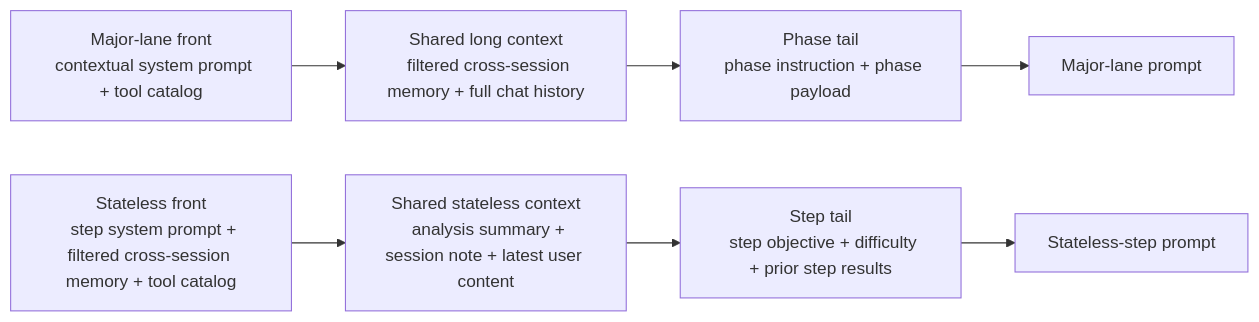
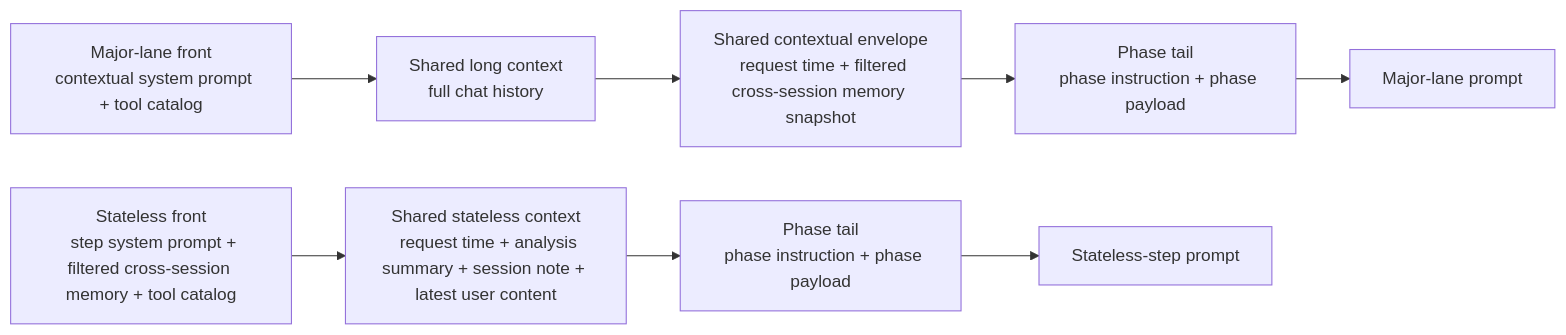
One commit to Eason023/chat-studio changed the second of 3 diagrams in README.md. Above: the diagram before and after it, drawn with Mermaid. The commit also changed other lines of this file, not shown here.

````diff
--- a/README.md
+++ b/README.md
@@ -307,16 +309,18 @@
 ```mermaid
 flowchart LR
   A["Major-lane front
   contextual system prompt + tool catalog"] --> B["Shared long context
-  filtered cross-session memory + full chat history"]
-  B --> C["Phase tail
+  full chat history"]
+  B --> C["Shared contextual envelope
+  request time + filtered cross-session memory snapshot"]
+  C --> D["Phase tail
   phase instruction + phase payload"]
-  C --> D["Major-lane prompt"]
+  D --> E["Major-lane prompt"]
 
-  E["Stateless front
-  step system prompt + filtered cross-session memory + tool catalog"] --> F["Shared stateless context
-  analysis summary + session note + latest user content"]
-  F --> G["Step tail
-  step objective + difficulty + prior step results"]
-  G --> H["Stateless-step prompt"]
+  F["Stateless front
+  step system prompt + filtered cross-session memory + tool catalog"] --> G["Shared stateless context
+  request time + analysis summary + session note + latest user content"]
+  G --> H["Phase tail
+  phase instruction + phase payload"]
+  H --> I["Stateless-step prompt"]
 ```
````
